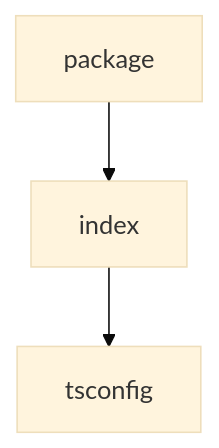
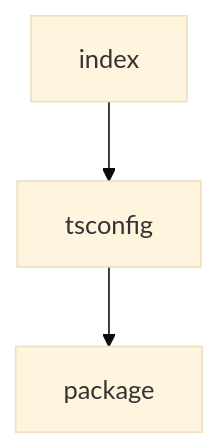
The diagram in tutorials/create-typescript-server-tutorial/04-configuration-metadata-and-packaging.md (johnxie/awesome-code-docs), drawn with Mermaid (base theme) before and after one commit. The commit also changed other lines of this file and 104 other files, not shown here.

````diff
--- a/tutorials/create-typescript-server-tutorial/04-configuration-metadata-and-packaging.md
+++ b/tutorials/create-typescript-server-tutorial/04-configuration-metadata-and-packaging.md
@@ -154,8 +153,8 @@
 ```mermaid
 flowchart TD
-    A[package]
-    B[index]
-    C[tsconfig]
+    A[index]
+    B[tsconfig]
+    C[package]
     A --> B
     B --> C
 ```
````
